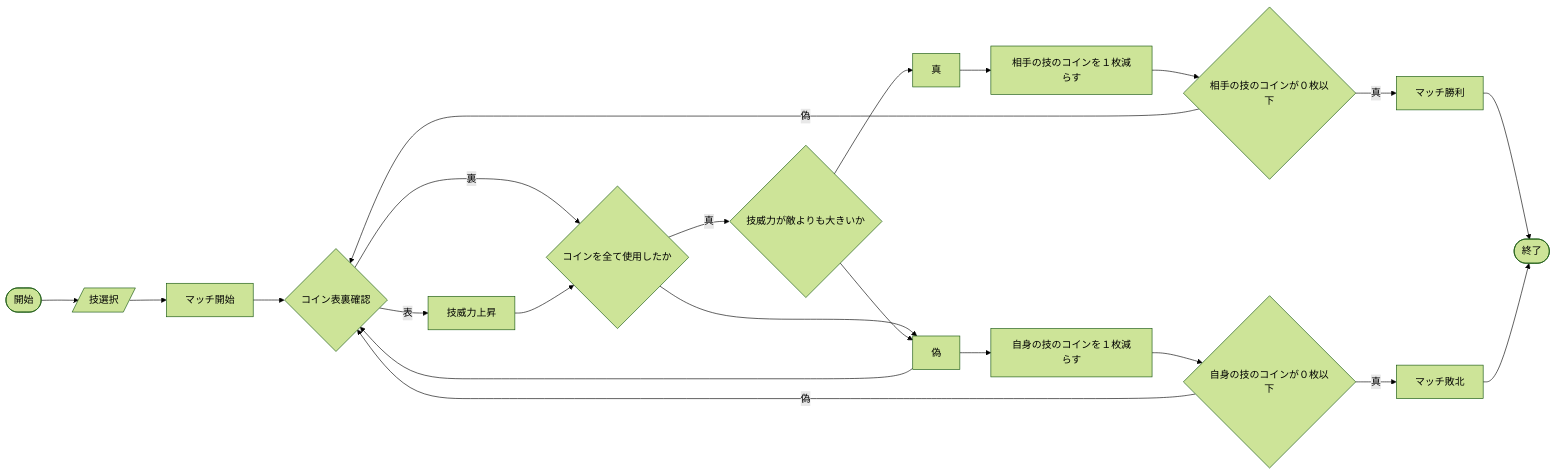
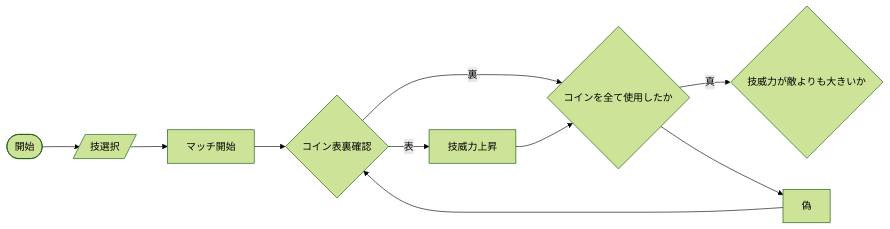
Before and after one commit to tpu-game-2023/mermaid_test: the first of 3 diagrams in README.md, drawn with Mermaid (forest theme).

Commit message:
見取り図F確認

````diff
--- a/README.md
+++ b/README.md
@@ -20,23 +20,13 @@
 ```mermaid
 flowchart LR;
    A([開始]) --> B[/技選択/];
    B --> C[マッチ開始];
    C --> D{コイン表裏確認};
    D --表-->E[技威力上昇];
    D --裏--> F{コインを全て使用したか};
    E-->F;
    F--真-->G{技威力が敵よりも大きいか};
    F-->偽-->D;
-   G-->真-->H[相手の技のコインを１枚減らす];
-   G-->偽-->I[自身の技のコインを１枚減らす];
-   H-->J{相手の技のコインが０枚以下};
-   I-->K{自身の技のコインが０枚以下};
-   J--真-->L[マッチ勝利];
-   J--偽-->D;
-   K--真-->M[マッチ敗北];
-   K--偽-->D;
-   L-->N([終了]);
-   M-->N;
    
    
 ```
````
